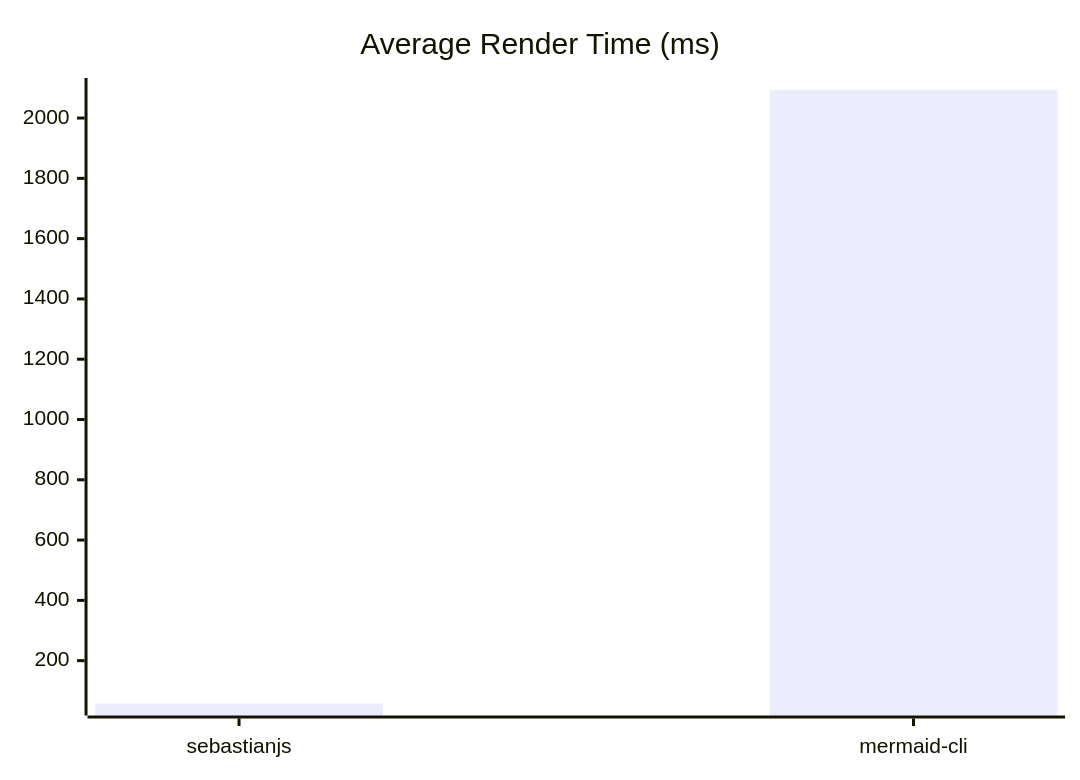
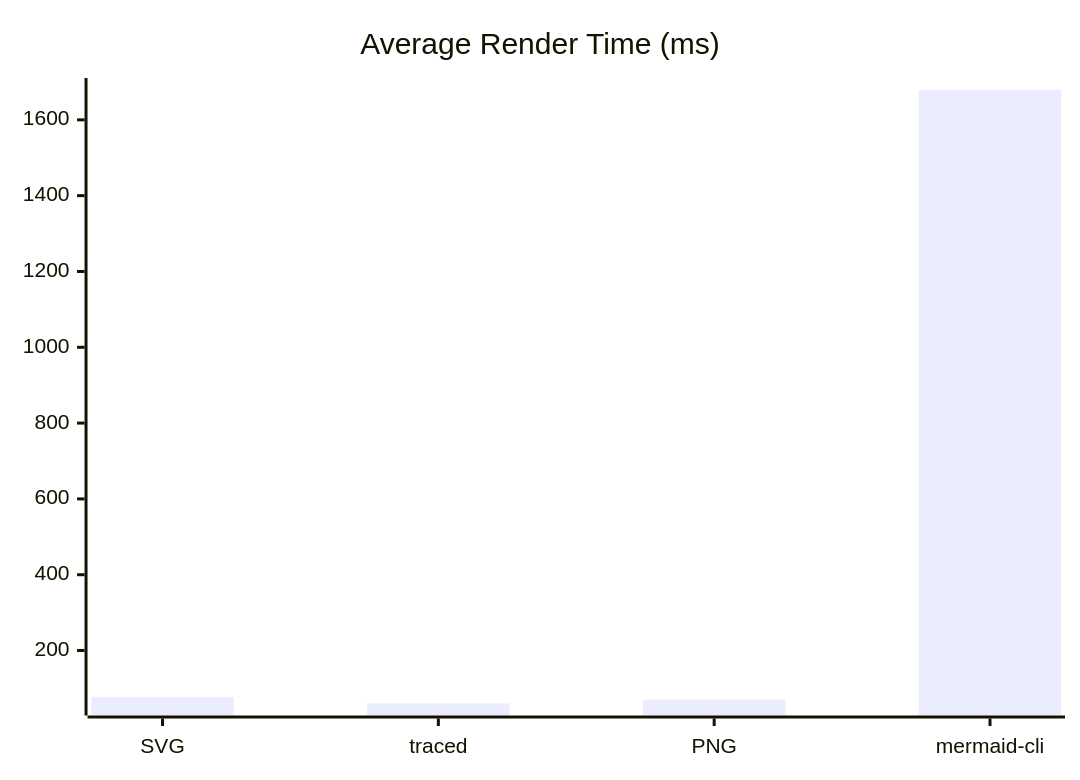
The diagram in README.md (creadri/sebastianjs), drawn with Mermaid before and after one commit. The commit also changed other lines of this file, not shown here.

````diff
--- a/README.md
+++ b/README.md
@@ -202,6 +189,6 @@
 ```mermaid
 xychart-beta
   title "Average Render Time (ms)"
-  x-axis [sebastianjs, mermaid-cli]
-  bar [57.88, 2093.04]
+  x-axis ["SVG", "traced", "PNG", "mermaid-cli"]
+  bar [76.92, 60.25, 70.67, 1678.75]
 ```
````
